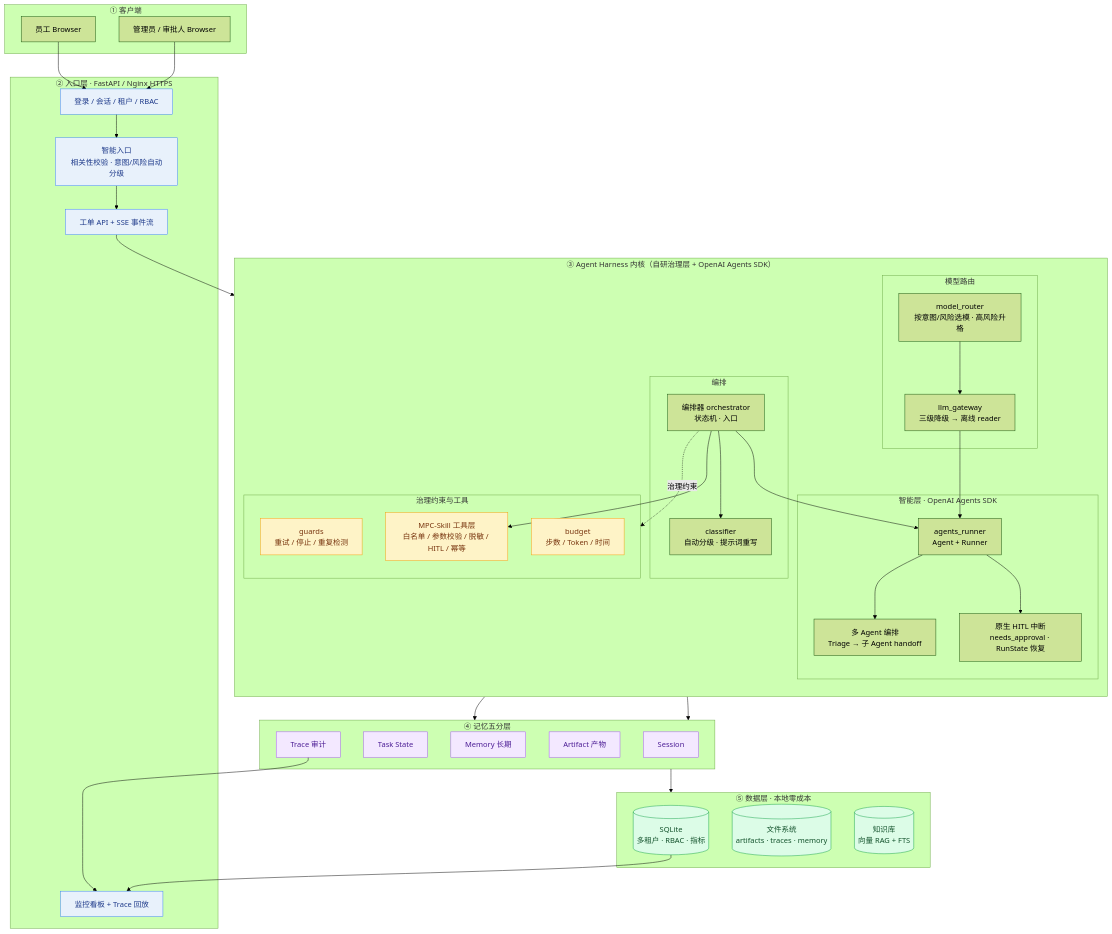
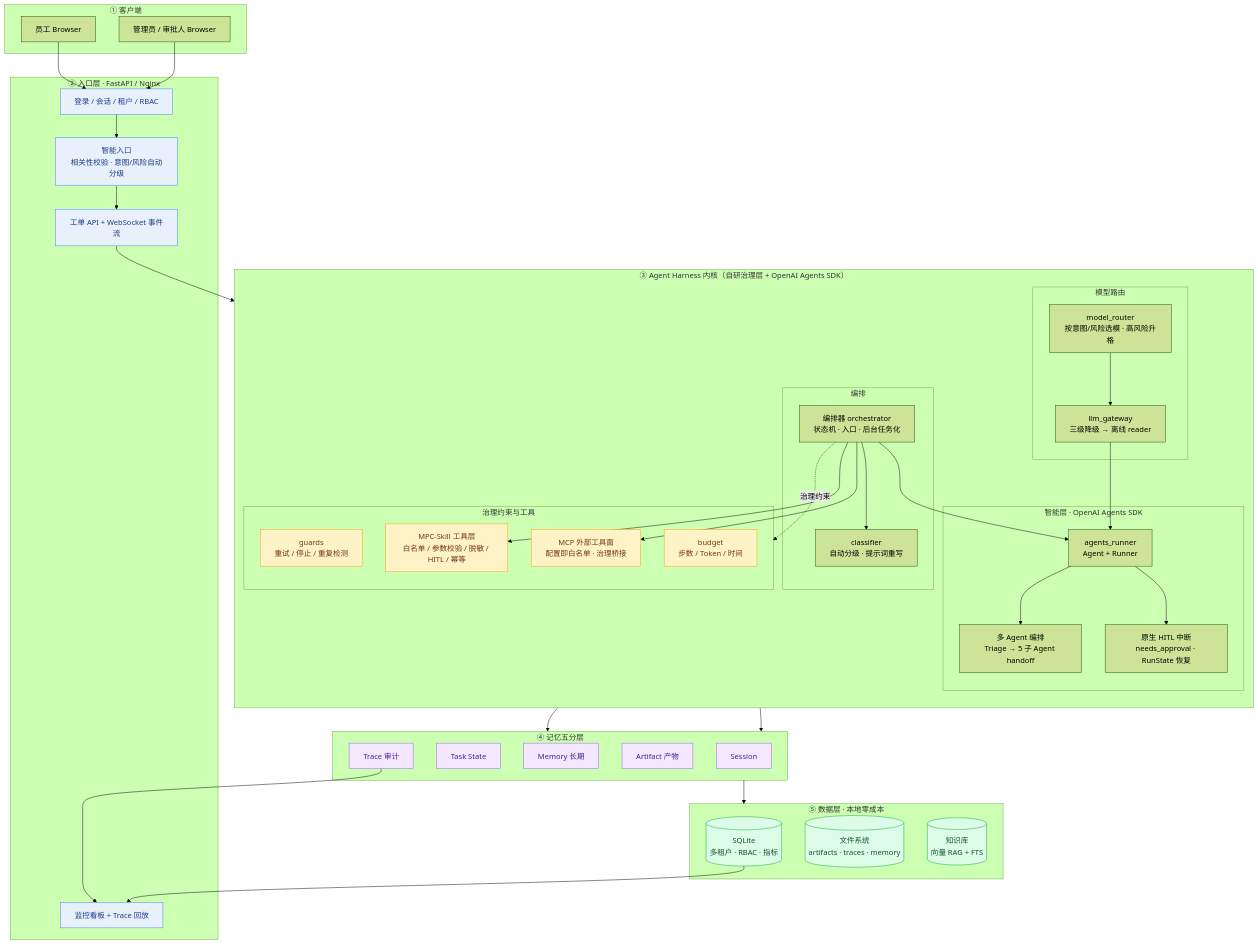
Before and after one commit to XiaoguaiXiaowai/Enterprise-Grade-Hybrid-Agent-Workflow_01: the first of 3 diagrams in README.md, drawn with Mermaid (forest theme). The commit also changed other lines of this file and 43 other files, not shown here.

````diff
--- a/README.md
+++ b/README.md
@@ -33,77 +36,79 @@
 ```mermaid
 flowchart TB
     classDef entry fill:#e8f1fb,stroke:#3b82f6,color:#1e3a8a
     classDef gov   fill:#fef3c7,stroke:#f59e0b,color:#78350f
     classDef mem   fill:#f3e8ff,stroke:#a855f7,color:#4c1d95
     classDef data  fill:#dcfce7,stroke:#16a34a,color:#14532d
 
     subgraph client["① 客户端"]
         emp[员工 Browser]
         adm[管理员 / 审批人 Browser]
     end
 
-    subgraph entry["② 入口层 · FastAPI / Nginx HTTPS"]
+    subgraph entry["② 入口层 · FastAPI / Nginx"]
         auth[登录 / 会话 / 租户 / RBAC]
         intake[智能入口<br/>相关性校验 · 意图/风险自动分级]
-        api[工单 API + SSE 事件流]
+        api[工单 API + WebSocket 事件流]
         mon[监控看板 + Trace 回放]
     end
 
     subgraph harness["③ Agent Harness 内核（自研治理层 + OpenAI Agents SDK）"]
         direction TB
         subgraph orch_grp["编排"]
-            orch[编排器 orchestrator<br/>状态机 · 入口]
+            orch[编排器 orchestrator<br/>状态机 · 入口 · 后台任务化]
             cls[classifier<br/>自动分级 · 提示词重写]
         end
         subgraph sdk_grp["智能层 · OpenAI Agents SDK"]
             agents[agents_runner<br/>Agent + Runner]
-            multi[多 Agent 编排<br/>Triage → 子 Agent handoff]
+            multi[多 Agent 编排<br/>Triage → 5 子 Agent handoff]
             hitl[原生 HITL 中断<br/>needs_approval · RunState 恢复]
         end
         subgraph model_grp["模型路由"]
             router[model_router<br/>按意图/风险选模 · 高风险升格]
             gw[llm_gateway<br/>三级降级 → 离线 reader]
         end
         subgraph gov_grp["治理约束与工具"]
             guard[guards<br/>重试 / 停止 / 重复检测]
             budget[budget<br/>步数 / Token / 时间]
             skills[MPC-Skill 工具层<br/>白名单 / 参数校验 / 脱敏 / HITL / 幂等]
+            mcp[MCP 外部工具面<br/>配置即白名单 · 治理桥接]
         end
         orch --> cls
         orch --> agents
         orch -. 治理约束 .-> gov_grp
     end
 
     subgraph memgrp["④ 记忆五分层"]
         sess[Session]
         task[Task State]
         memo[Memory 长期]
         art[Artifact 产物]
         trc[Trace 审计]
     end
 
     subgraph dt["⑤ 数据层 · 本地零成本"]
         sql[(SQLite<br/>多租户 · RBAC · 指标)]
         fs[(文件系统<br/>artifacts · traces · memory)]
         kb[(知识库<br/>向量 RAG + FTS)]
     end
 
     emp --> auth
     adm --> auth
     auth --> intake --> api
     api --> orch
     agents --> multi
     agents --> hitl
     router --> gw --> agents
     orch --> skills
+    orch --> mcp
     skills --> memgrp
     orch --> memgrp
     memgrp --> dt
     trc --> mon
     sql --> mon
 
     class auth,intake,api,mon entry
-    class guard,budget,skills gov
+    class guard,budget,skills,mcp gov
     class sess,task,memo,art,trc mem
     class sql,fs,kb data
 ```
````
